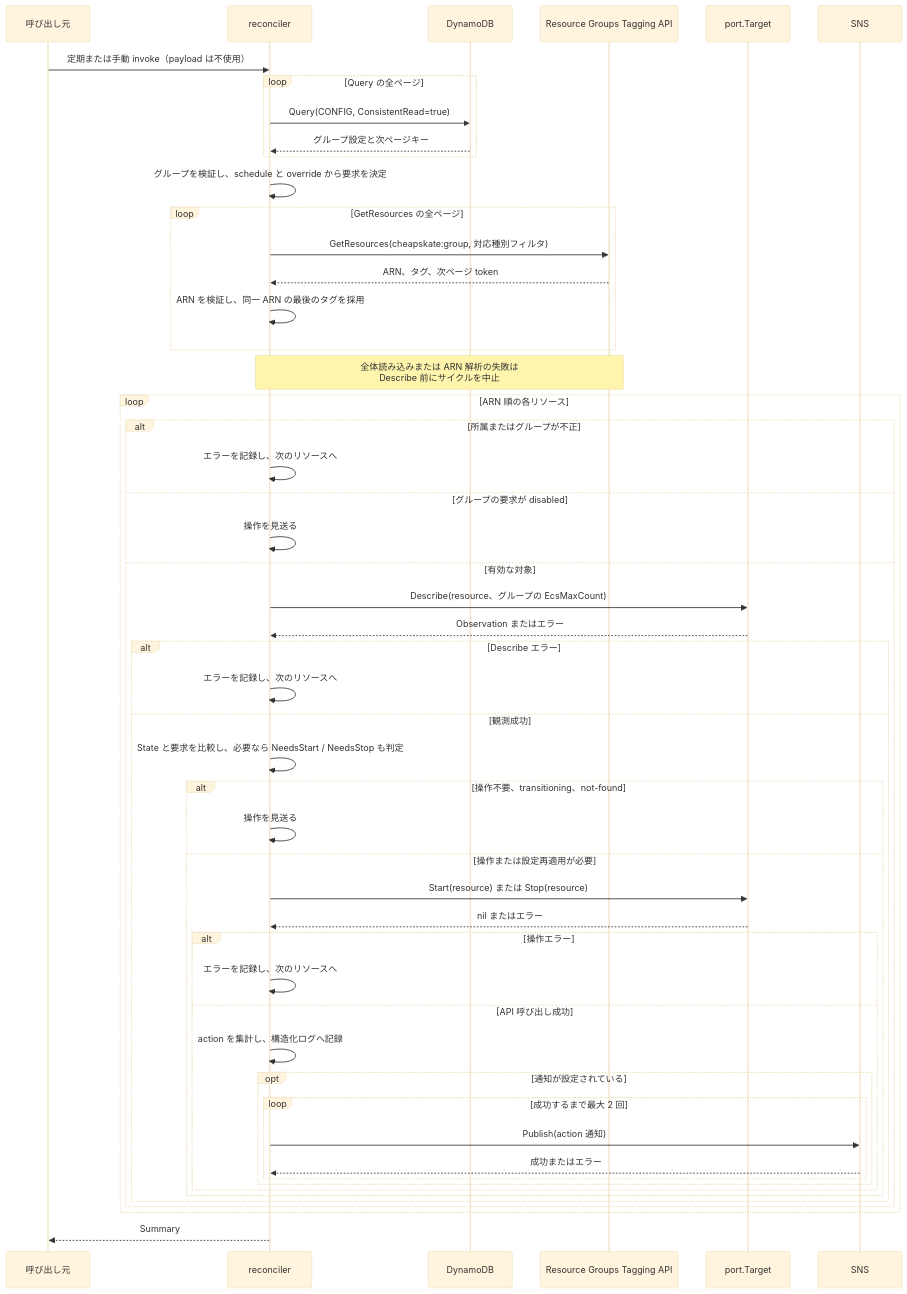
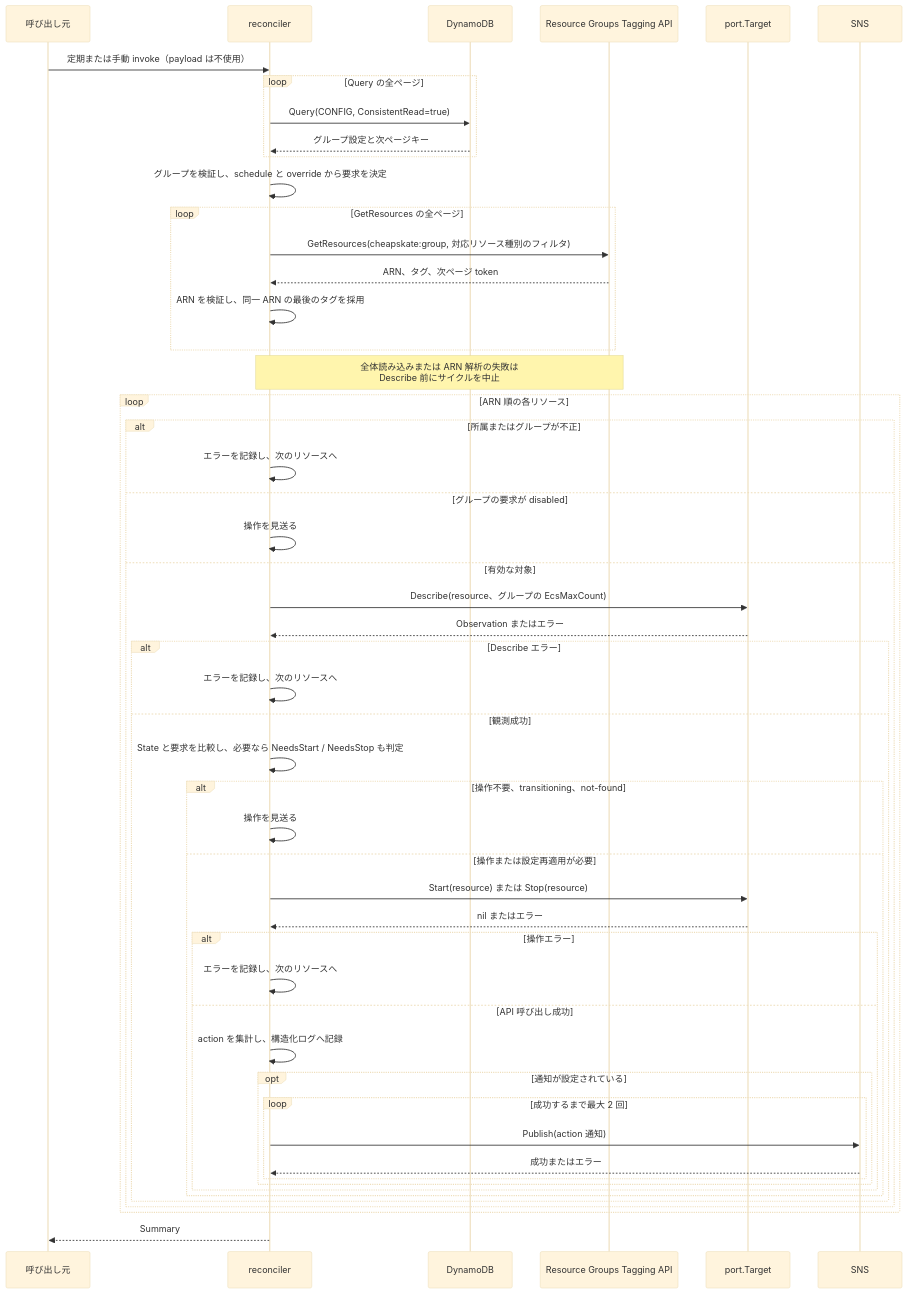
Before and after one commit to moepig/cheapskate: the first of 9 diagrams in docs/ja/development/resource_sequence.md, drawn with Mermaid (base theme). The commit also changed 47 other files, not shown here.

````diff
--- a/docs/ja/development/resource_sequence.md
+++ b/docs/ja/development/resource_sequence.md
@@ -9,54 +9,54 @@
 ```mermaid
 sequenceDiagram
     participant C as 呼び出し元
     participant R as reconciler
     participant D as DynamoDB
     participant T as Resource Groups Tagging API
     participant A as port.Target
     participant N as SNS
     C->>R: 定期または手動 invoke（payload は不使用）
     loop Query の全ページ
         R->>D: Query(CONFIG, ConsistentRead=true)
         D-->>R: グループ設定と次ページキー
     end
     R->>R: グループを検証し、schedule と override から要求を決定
     loop GetResources の全ページ
-        R->>T: GetResources(cheapskate:group, 対応種別フィルタ)
+        R->>T: GetResources(cheapskate:group, 対応リソース種別のフィルタ)
         T-->>R: ARN、タグ、次ページ token
         R->>R: ARN を検証し、同一 ARN の最後のタグを採用
     end
     Note over R,T: 全体読み込みまたは ARN 解析の失敗は<br/>Describe 前にサイクルを中止
     loop ARN 順の各リソース
         alt 所属またはグループが不正
             R->>R: エラーを記録し、次のリソースへ
         else グループの要求が disabled
             R->>R: 操作を見送る
         else 有効な対象
             R->>A: Describe(resource、グループの EcsMaxCount)
             A-->>R: Observation またはエラー
             alt Describe エラー
                 R->>R: エラーを記録し、次のリソースへ
             else 観測成功
                 R->>R: State と要求を比較し、必要なら NeedsStart / NeedsStop も判定
                 alt 操作不要、transitioning、not-found
                     R->>R: 操作を見送る
                 else 操作または設定再適用が必要
                     R->>A: Start(resource) または Stop(resource)
                     A-->>R: nil またはエラー
                     alt 操作エラー
                         R->>R: エラーを記録し、次のリソースへ
                     else API 呼び出し成功
                         R->>R: action を集計し、構造化ログへ記録
                         opt 通知が設定されている
                             loop 成功するまで最大 2 回
                                 R->>N: Publish(action 通知)
                                 N-->>R: 成功またはエラー
                             end
                         end
                     end
                 end
             end
         end
     end
     R-->>C: Summary
 ```
````
